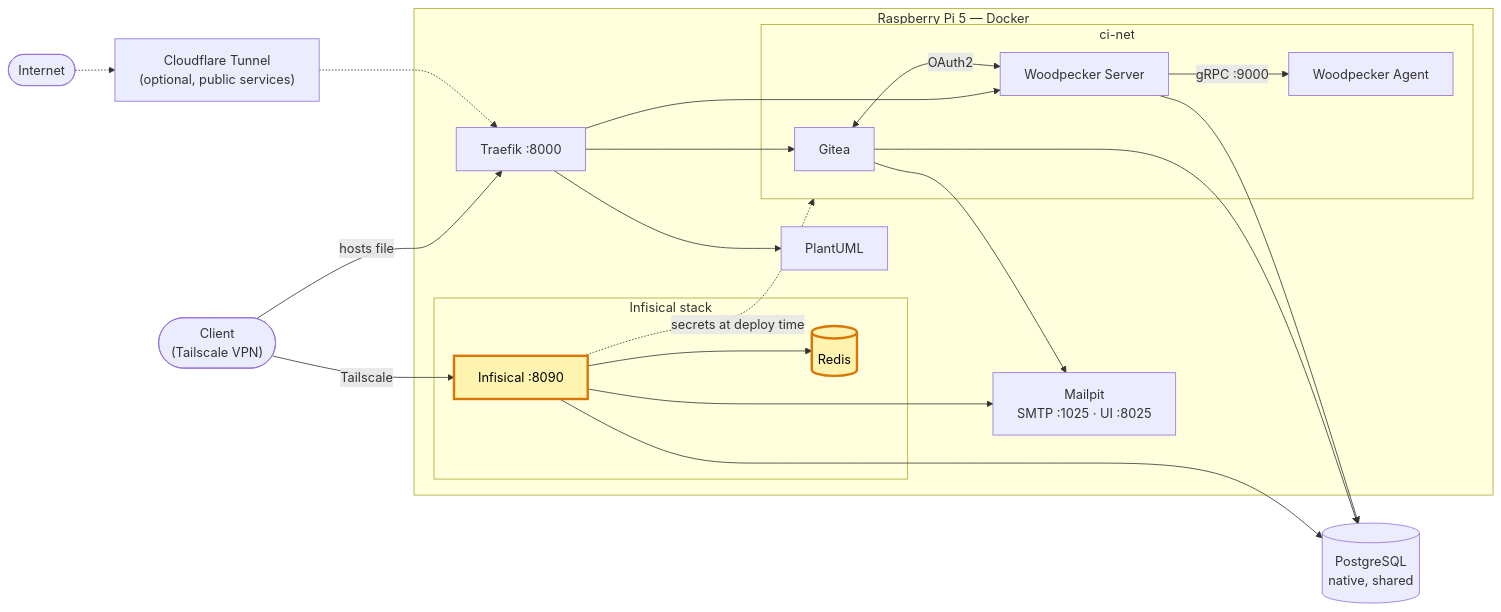
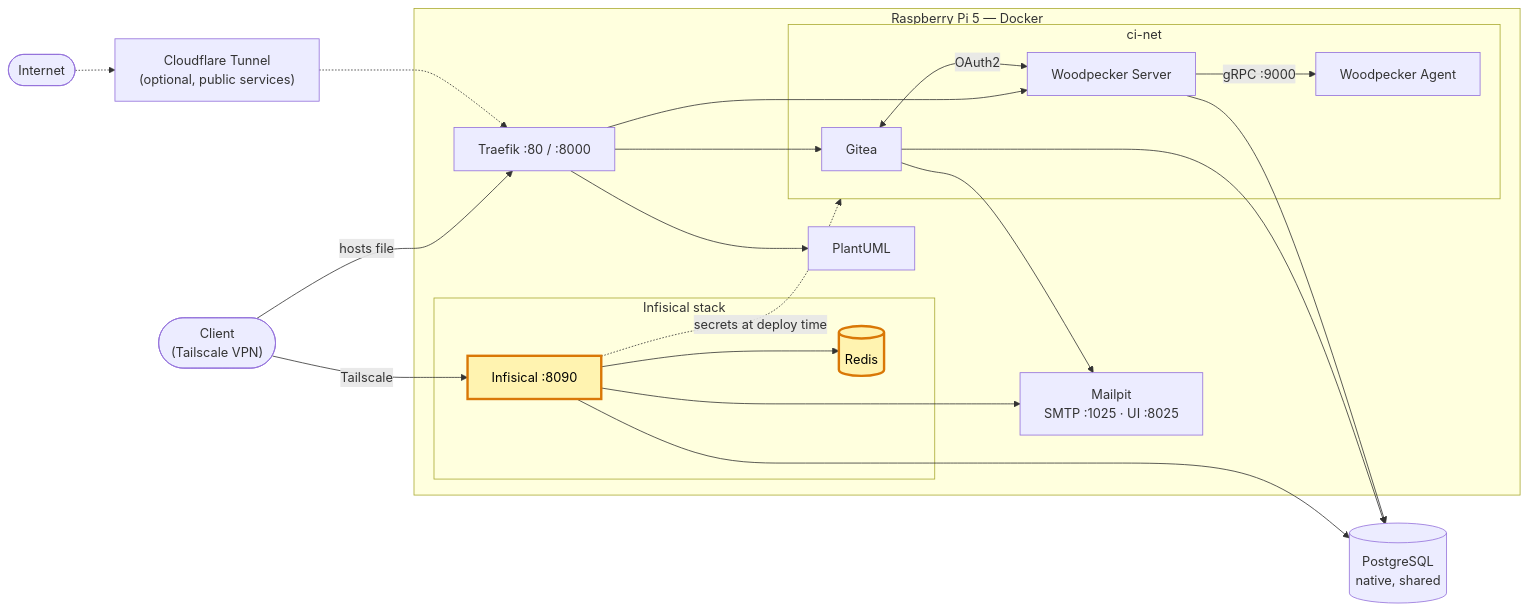
The diagram in README.fr.md (Alithiel31/infisical-homelab), drawn with Mermaid before and after one commit. The commit also changed other lines of this file and 3 other files, not shown here.

````diff
--- a/README.fr.md
+++ b/README.fr.md
@@ -33,35 +33,35 @@
 ```mermaid
 flowchart LR
     client(["Client<br/>(Tailscale VPN)"])
     internet(["Internet"])
     cf["Cloudflare Tunnel<br/>(optional, public services)"]
     subgraph pi ["Raspberry Pi 5 — Docker"]
-        traefik["Traefik :8000"]
+        traefik["Traefik :80 / :8000"]
         subgraph ci ["ci-net"]
             gitea["Gitea"]
             wps["Woodpecker Server"]
             wpa["Woodpecker Agent"]
         end
         plantuml["PlantUML"]
         mailpit["Mailpit<br/>SMTP :1025 · UI :8025"]
         subgraph vault ["Infisical stack"]
             infisical["Infisical :8090"]
             redis[("Redis")]
         end
     end
     pg[("PostgreSQL<br/>native, shared")]
 
     client -->|"hosts file"| traefik
     internet -.-> cf -.-> traefik
     traefik --> gitea & wps & plantuml
     gitea <-->|OAuth2| wps
     wps -->|"gRPC :9000"| wpa
     gitea & wps & infisical --> pg
     infisical --> redis
     infisical & gitea --> mailpit
     client -->|"Tailscale"| infisical
     infisical -.->|"secrets at deploy time"| ci
 
     classDef current fill:#fff3b0,stroke:#d97706,stroke-width:3px,color:#000
     class infisical,redis current
 ```
````
